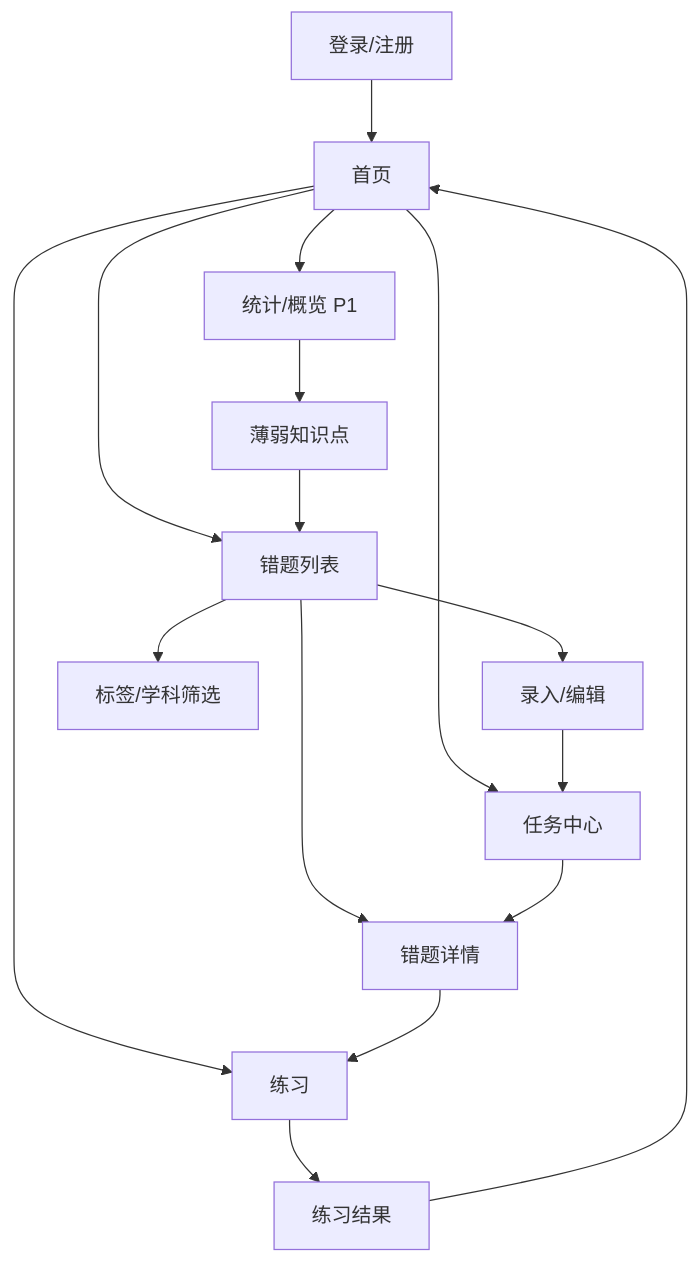
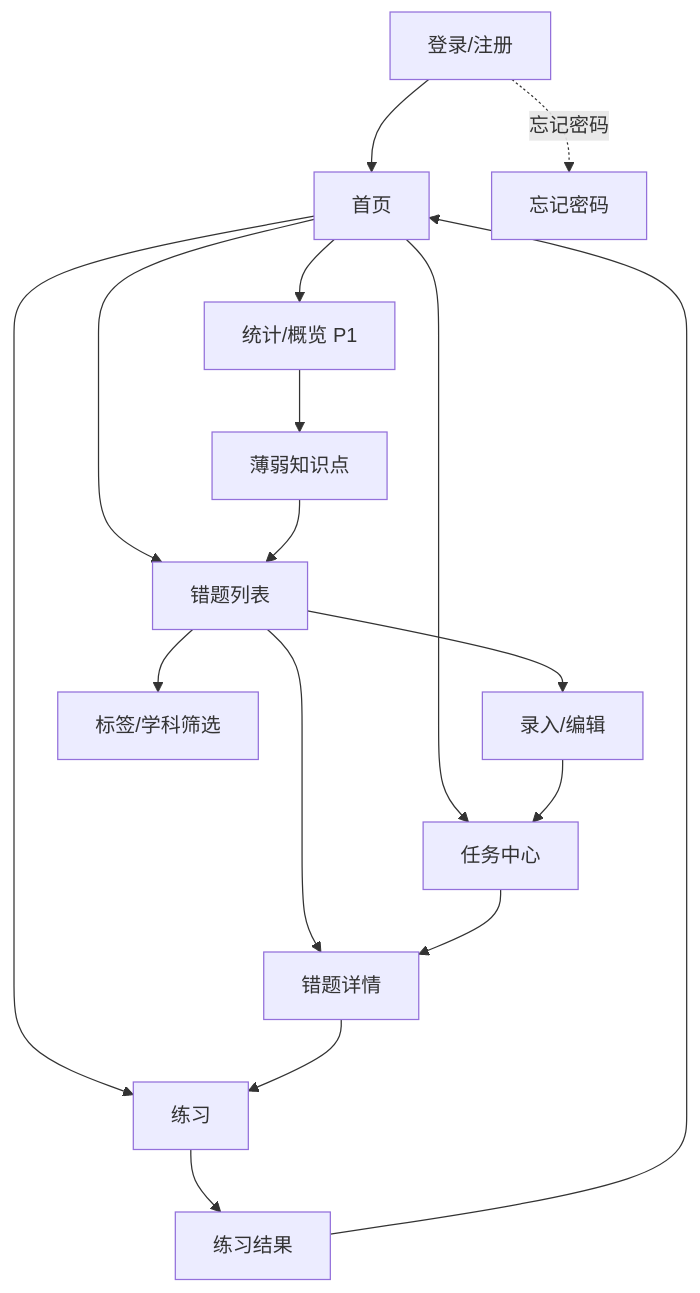
Before and after one commit to plmt3742/Bababoi-Learning-Machine: the first of 4 diagrams in docs/product/02-ia-and-flows.md, drawn with Mermaid. The commit also changed other lines of this file and 17 other files, not shown here.

````diff
--- a/docs/product/02-ia-and-flows.md
+++ b/docs/product/02-ia-and-flows.md
@@ -21,18 +22,19 @@
 ```mermaid
 flowchart TD
   L[登录/注册] --> H[首页]
+  L -.忘记密码.-> FP[忘记密码]
   H --> Q[错题列表]
   H --> P[练习]
   H --> T[任务中心]
   H --> S[统计/概览 P1]
   Q --> N[录入/编辑]
   N --> T
   Q --> D[错题详情]
   D --> P
   T --> D
   P --> R[练习结果]
   R --> H
   Q --> F[标签/学科筛选]
   S --> W[薄弱知识点]
   W --> Q
 ```
````
